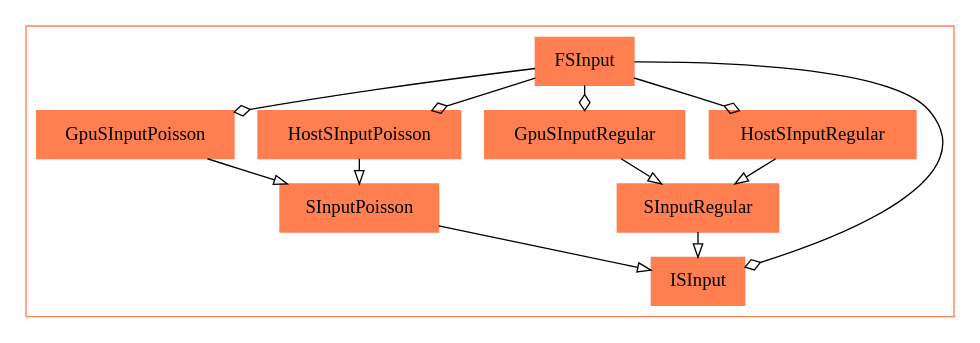
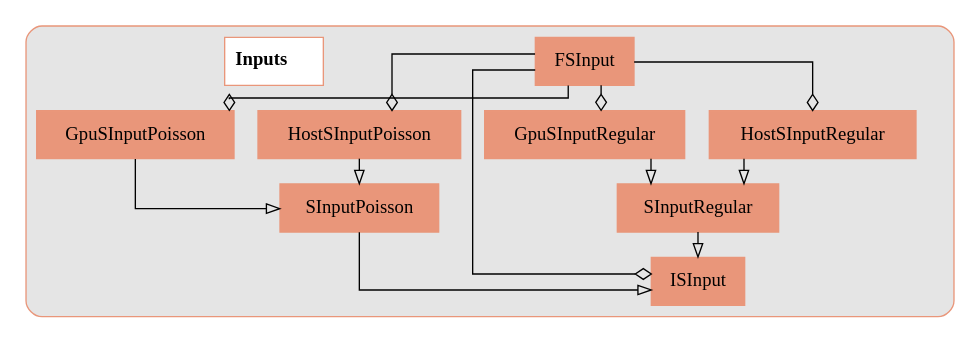
Before and after one commit to UWB-Biocomputing/BrainGrid: the diagram in Tools/DiagramGenerator/ExampleOutputs/dot_subsystems/Inputs.dot, drawn with Graphviz. The commit also changed 28 other files, not shown here.

First line of the commit message:
dotGenerator update, new diagrams

```diff
--- a/Tools/DiagramGenerator/ExampleOutputs/dot_subsystems/Inputs.dot
+++ b/Tools/DiagramGenerator/ExampleOutputs/dot_subsystems/Inputs.dot
@@ -1,50 +1,54 @@
 digraph{
+	 graph [splines=ortho]
 
 	subgraph clusterInputs {
-		color = coral
-		node [shape = record, color = coral];
+		style = rounded
+		bgcolor = grey90
+		color = darksalmon
+		node [shape = record, color = darksalmon];
 
 		FSInput[label = FSInput, style = filled];
 		GpuSInputPoisson[label = GpuSInputPoisson, style = filled];
 		GpuSInputRegular[label = GpuSInputRegular, style = filled];
 		HostSInputPoisson[label = HostSInputPoisson, style = filled];
 		HostSInputRegular[label = HostSInputRegular, style = filled];
 		ISInput[label = ISInput, style = filled];
 		SInputPoisson[label = SInputPoisson, style = filled];
 		SInputRegular[label = SInputRegular, style = filled];
+		Inputs[label =< <B> Inputs</B>>, style = bold, fillcolor = white, style = filled];
 
 
 		//------LAYOUT FOR SUBGRAPH------
 
 
 		rankdir = BT; // Rank Direction Bottom to Top
-		nodesep = 0.96; // Node Separation
-		ranksep = 0.96; // Rank Separation
+		nodesep = 1.3; // Node Separation
+		ranksep = 1.3; // Rank Separation
 
 
 		//INHERITANCE//
 
 
 		GpuSInputPoisson -> SInputPoisson [arrowhead=empty];
 
 		GpuSInputRegular -> SInputRegular [arrowhead=empty];
 
 		HostSInputPoisson -> SInputPoisson [arrowhead=empty];
 
 		HostSInputRegular -> SInputRegular [arrowhead=empty];
 
 		SInputPoisson -> ISInput [arrowhead=empty];
 
 		SInputRegular -> ISInput [arrowhead=empty];
 
 
 		//COMPOSITION//
 
 
 		FSInput -> GpuSInputPoisson [arrowhead=ediamond];
 		FSInput -> GpuSInputRegular [arrowhead=ediamond];
 		FSInput -> HostSInputPoisson [arrowhead=ediamond];
 		FSInput -> HostSInputRegular [arrowhead=ediamond];
 		FSInput -> ISInput [arrowhead=ediamond];
 	}//end subgraph Inputs
 }//end digraph
```
